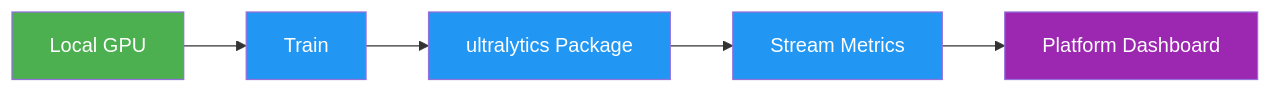
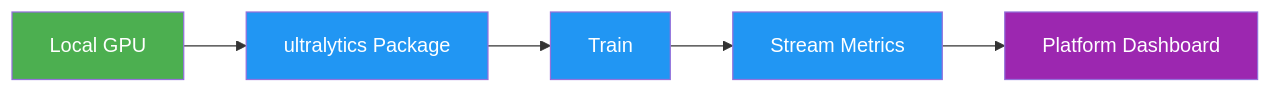
One commit to Rehman-AD/cv-yolov8-core changed the second of 3 diagrams in docs/en/platform/train/cloud-training.md. Above: the diagram before and after it, drawn with Mermaid. The commit also changed other lines of this file and 6 other files, not shown here.

Commit message:
Align Platform workflow diagrams with the product (#25840)

````diff
--- a/docs/en/platform/train/cloud-training.md
+++ b/docs/en/platform/train/cloud-training.md
@@ -233,11 +233,11 @@
 ```mermaid
 graph LR
-    A[Local GPU]:::start --> B[Train]:::proc
-    B --> C[ultralytics Package]:::proc
+    A[Local GPU]:::start --> B[ultralytics Package]:::proc
+    B --> C[Train]:::proc
     C --> D[Stream Metrics]:::proc
     D --> E[Platform Dashboard]:::out
 
     classDef start fill:#4CAF50,color:#fff
     classDef proc fill:#2196F3,color:#fff
     classDef out fill:#9C27B0,color:#fff
 ```
````
